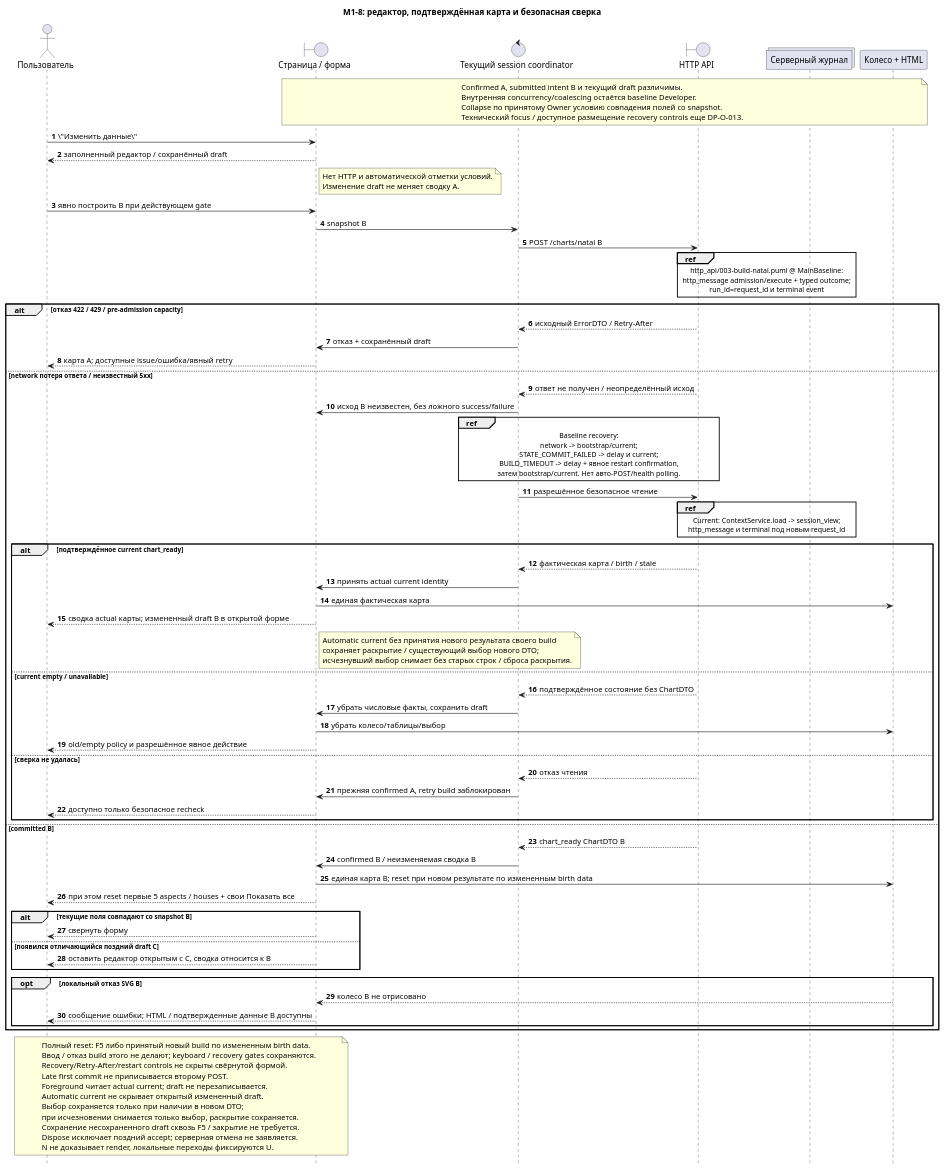
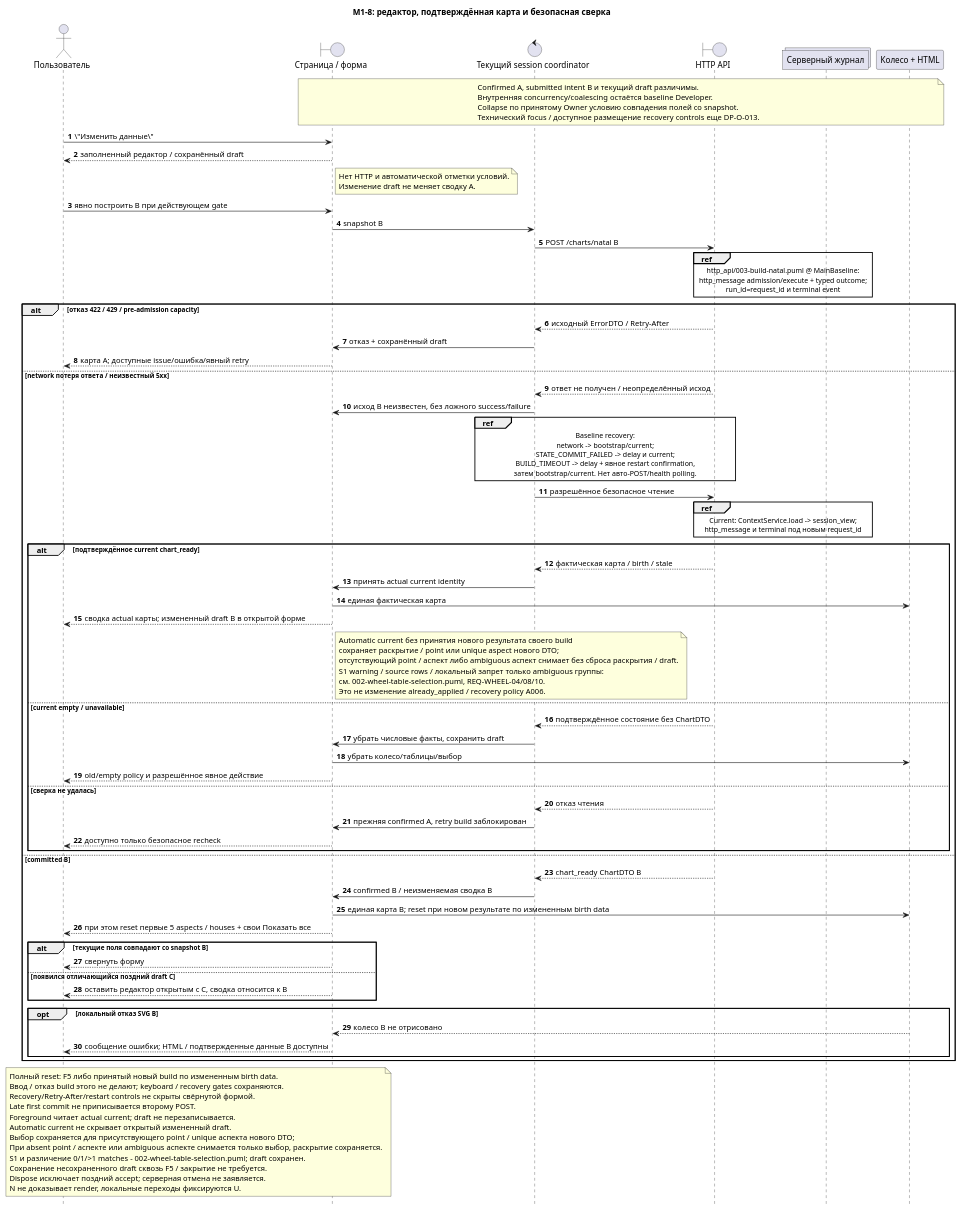
The diagram in docs/project_management/change_plans/ui-chart-wheel/analyst/sequence_diagrams/ui/003-edit-and-recovery.puml (ksenia-baranova/exact-orb-demo), drawn with PlantUML before and after one commit. The commit also changed 5 other files, not shown here.

```diff
--- a/docs/project_management/change_plans/ui-chart-wheel/analyst/sequence_diagrams/ui/003-edit-and-recovery.puml
+++ b/docs/project_management/change_plans/ui-chart-wheel/analyst/sequence_diagrams/ui/003-edit-and-recovery.puml
@@ -1,103 +1,107 @@
 @startuml
 ' Owner: Functional Analyst. TASK-A-001; draft package v3; update 2026-10-15.
 ' Update InputSHA 2169845b770754e11ae8b5cb1e13ffcd780784c8; v2 at cb25422; new Owner evidence pending registration
 ' REQ-WHEEL-08/11; REQ-UI-03/08/09/11
 ' AS-WHEEL-17/18/19/20/21/22
 ' Clean target: docs/sequence_diagrams/ui/003-edit-and-recovery.puml
 title M1-8: редактор, подтверждённая карта и безопасная сверка
 autonumber
 hide footbox
 actor "Пользователь" as User
 boundary "Страница / форма" as Page
 control "Текущий session coordinator" as Session
 boundary "HTTP API" as API
 collections "Серверный журнал" as Log
 participant "Колесо + HTML" as Views
 note over Page, Views
 Confirmed A, submitted intent B и текущий draft различимы.
 Внутренняя concurrency/coalescing остаётся baseline Developer.
 Collapse по принятому Owner условию совпадения полей со snapshot.
 Технический focus / доступное размещение recovery controls еще DP-O-013.
 end note
 User -> Page : \"Изменить данные\"
 Page --> User : заполненный редактор / сохранённый draft
 note right of Page
 Нет HTTP и автоматической отметки условий.
 Изменение draft не меняет сводку A.
 end note
 User -> Page : явно построить B при действующем gate
 Page -> Session : snapshot B
 Session -> API : POST /charts/natal B
 ref over API, Log
 http_api/003-build-natal.puml @ MainBaseline:
 http_message admission/execute + typed outcome;
 run_id=request_id и terminal event
 end ref
 alt отказ 422 / 429 / pre-admission capacity
   API --> Session : исходный ErrorDTO / Retry-After
   Session -> Page : отказ + сохранённый draft
   Page --> User : карта A; доступные issue/ошибка/явный retry
 else network потеря ответа / неизвестный 5xx
   API --> Session : ответ не получен / неопределённый исход
   Session -> Page : исход B неизвестен, без ложного success/failure
   ref over Session, API
   Baseline recovery:
   network -> bootstrap/current;
   STATE_COMMIT_FAILED -> delay и current;
   BUILD_TIMEOUT -> delay + явное restart confirmation,
   затем bootstrap/current. Нет авто-POST/health polling.
   end ref
   Session -> API : разрешённое безопасное чтение
   ref over API, Log
   Current: ContextService.load -> session_view;
   http_message и terminal под новым request_id
   end ref
   alt подтверждённое current chart_ready
     API --> Session : фактическая карта / birth / stale
     Session -> Page : принять actual current identity
     Page -> Views : единая фактическая карта
     Page --> User : сводка actual карты; измененный draft B в открытой форме
     note right of Page
     Automatic current без принятия нового результата своего build
-    сохраняет раскрытие / существующий выбор нового DTO;
-    исчезнувший выбор снимает без старых строк / сброса раскрытия.
+    сохраняет раскрытие / point или unique aspect нового DTO;
+    отсутствующий point / аспект либо ambiguous аспект снимает без сброса раскрытия / draft.
+    S1 warning / source rows / локальный запрет только ambiguous группы:
+    см. 002-wheel-table-selection.puml, REQ-WHEEL-04/08/10.
+    Это не изменение already_applied / recovery policy A006.
     end note
   else current empty / unavailable
     API --> Session : подтверждённое состояние без ChartDTO
     Session -> Page : убрать числовые факты, сохранить draft
     Page -> Views : убрать колесо/таблицы/выбор
     Page --> User : old/empty policy и разрешённое явное действие
   else сверка не удалась
     API --> Session : отказ чтения
     Session -> Page : прежняя confirmed A, retry build заблокирован
     Page --> User : доступно только безопасное recheck
   end
 else committed B
   API --> Session : chart_ready ChartDTO B
   Session -> Page : confirmed B / неизменяемая сводка B
   Page -> Views : единая карта B; reset при новом результате по измененным birth data
   Page --> User : при этом reset первые 5 aspects / houses + свои Показать все
   alt текущие поля совпадают со snapshot B
     Page --> User : свернуть форму
   else появился отличающийся поздний draft C
     Page --> User : оставить редактор открытым с C, сводка относится к B
   end
   opt локальный отказ SVG B
     Views --> Page : колесо B не отрисовано
     Page --> User : сообщение ошибки; HTML / подтвержденные данные B доступны
   end
 end
 note over Page, User
 Полный reset: F5 либо принятый новый build по измененным birth data.
 Ввод / отказ build этого не делают; keyboard / recovery gates сохраняются.
 Recovery/Retry-After/restart controls не скрыты свёрнутой формой.
 Late first commit не приписывается второму POST.
 Foreground читает actual current; draft не перезаписывается.
 Automatic current не скрывает открытый измененный draft.
-Выбор сохраняется только при наличии в новом DTO;
-при исчезновении снимается только выбор, раскрытие сохраняется.
+Выбор сохраняется для присутствующего point / unique аспекта нового DTO;
+При absent point / аспекте или ambiguous аспекте снимается только выбор, раскрытие сохраняется.
+S1 и различение 0/1/>1 matches - 002-wheel-table-selection.puml; draft сохранен.
 Сохранение несохраненного draft сквозь F5 / закрытие не требуется.
 Dispose исключает поздний accept; серверная отмена не заявляется.
 N не доказывает render, локальные переходы фиксируются U.
 end note
 @enduml
```
